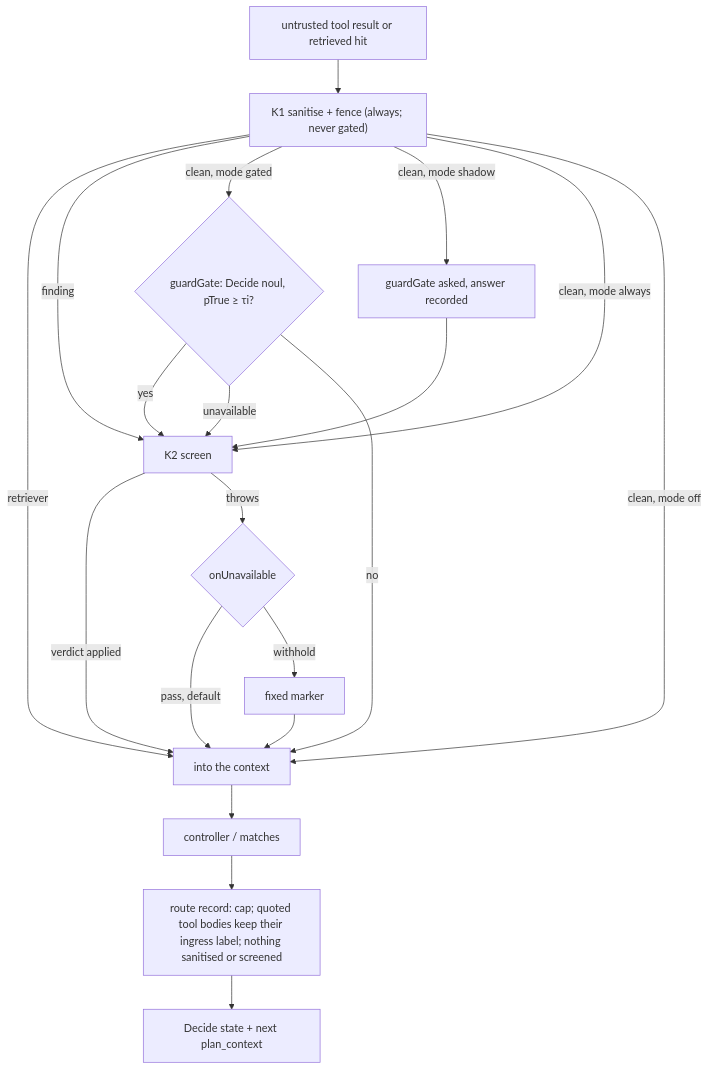
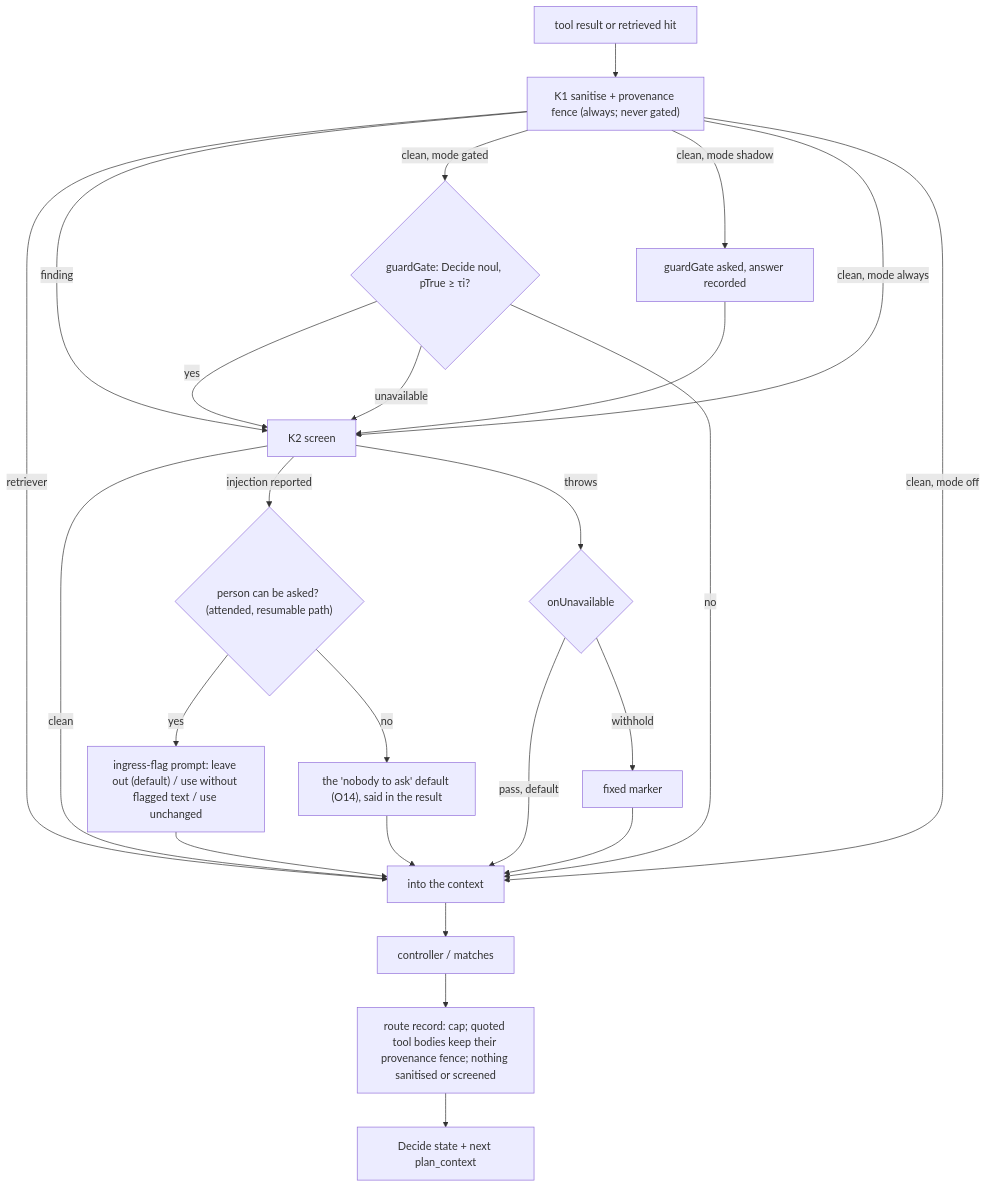
One commit to mknw/hames-playground changed the third of 4 diagrams in docs/plan/boundary-guards.md. Above: the diagram before and after it, drawn with Mermaid. The commit also changed other lines of this file, not shown here.

````diff
--- a/docs/plan/boundary-guards.md
+++ b/docs/plan/boundary-guards.md
@@ -206,19 +302,22 @@
 ```mermaid
 flowchart TB
-  TR["untrusted tool result or retrieved hit"] --> K1["K1 sanitise + fence (always; never gated)"]
+  TR["tool result or retrieved hit"] --> K1["K1 sanitise + provenance fence (always; never gated)"]
   K1 -->|retriever| OUT["into the context"]
   K1 -->|finding| SCR["K2 screen"]
   K1 -->|clean, mode gated| G{"guardGate: Decide noul, pTrue ≥ τi?"}
   K1 -->|clean, mode shadow| SH["guardGate asked, answer recorded"] --> SCR
   K1 -->|clean, mode always| SCR
   K1 -->|clean, mode off| OUT
   G -->|yes| SCR
   G -->|unavailable| SCR
   G -->|no| OUT
-  SCR -->|verdict applied| OUT
+  SCR -->|clean| OUT
+  SCR -->|injection reported| ASK{"person can be asked? (attended, resumable path)"}
+  ASK -->|yes| HF["ingress-flag prompt: leave out (default) / use without flagged text / use unchanged"] --> OUT
+  ASK -->|no| DEF["the 'nobody to ask' default (O14), said in the result"] --> OUT
   SCR -->|throws| POL{"onUnavailable"}
   POL -->|pass, default| OUT
   POL -->|withhold| MK["fixed marker"] --> OUT
-  OUT --> CTL["controller / matches"] --> REC["route record: cap; quoted tool bodies keep their ingress label; nothing sanitised or screened"]
+  OUT --> CTL["controller / matches"] --> REC["route record: cap; quoted tool bodies keep their provenance fence; nothing sanitised or screened"]
   REC --> STATE["Decide state + next plan_context"]
 ```
````
